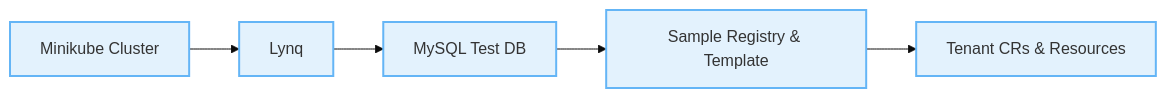
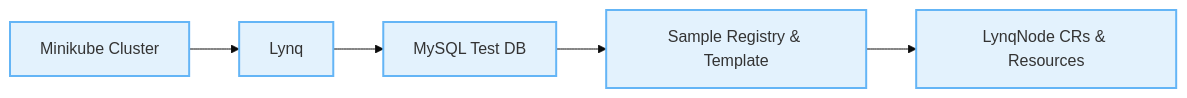
One commit to kubernetes-tenants/tenant-operator changed the diagram in docs/quickstart.md. Above: the diagram before and after it, drawn with Mermaid (base theme). The commit also changed other lines of this file and 20 other files, not shown here.

Commit message:
Update documentation to use LynqNode instead of Tenant

````diff
--- a/docs/quickstart.md
+++ b/docs/quickstart.md
@@ -16,13 +16,13 @@
 ```mermaid
 flowchart LR
     Cluster["Minikube Cluster"]
     Operator["Lynq"]
     Database["MySQL Test DB"]
     Templates["Sample Registry & Template"]
-    Tenants["Tenant CRs & Resources"]
+    Tenants["LynqNode CRs & Resources"]
 
     Cluster --> Operator --> Database --> Templates --> Tenants
 
     classDef stage fill:#e3f2fd,stroke:#64b5f6,stroke-width:2px;
     class Cluster,Operator,Database,Templates,Tenants stage;
 ```
````
